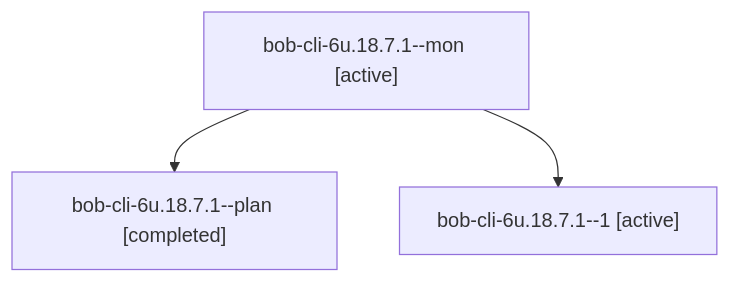
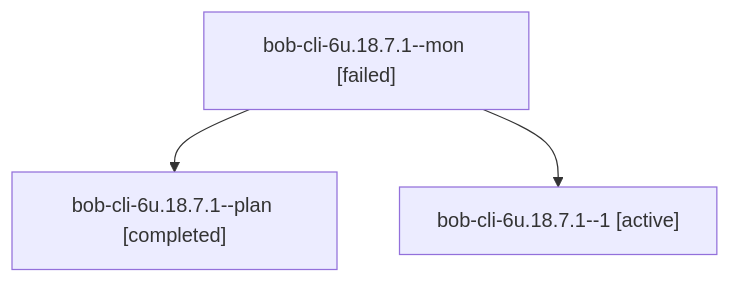
The diagram in sessions/bbugyi200.apollo.bob-cli-6u.18.7.1.md (bobs-org/bob-cli--agents), drawn with Mermaid before and after one commit. The commit also changed other lines of this file and 71 other files, not shown here.

````diff
--- a/sessions/bbugyi200.apollo.bob-cli-6u.18.7.1.md
+++ b/sessions/bbugyi200.apollo.bob-cli-6u.18.7.1.md
@@ -9,8 +9,8 @@
 ```mermaid
 flowchart TD
-  n0["bob-cli-6u.18.7.1--mon [active]"]
+  n0["bob-cli-6u.18.7.1--mon [failed]"]
   n1["bob-cli-6u.18.7.1--plan [completed]"]
   n0 --> n1
   n2["bob-cli-6u.18.7.1--1 [active]"]
   n0 --> n2
 ```
````
